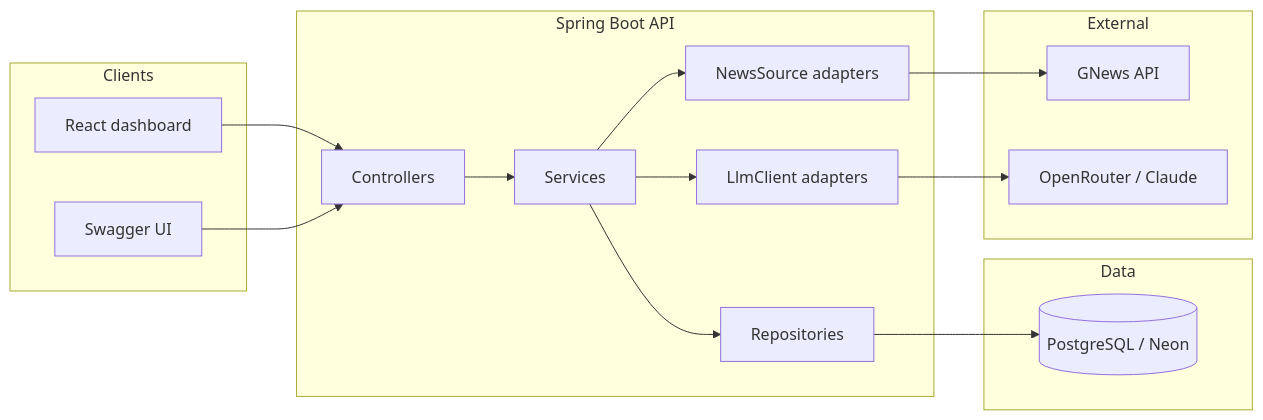
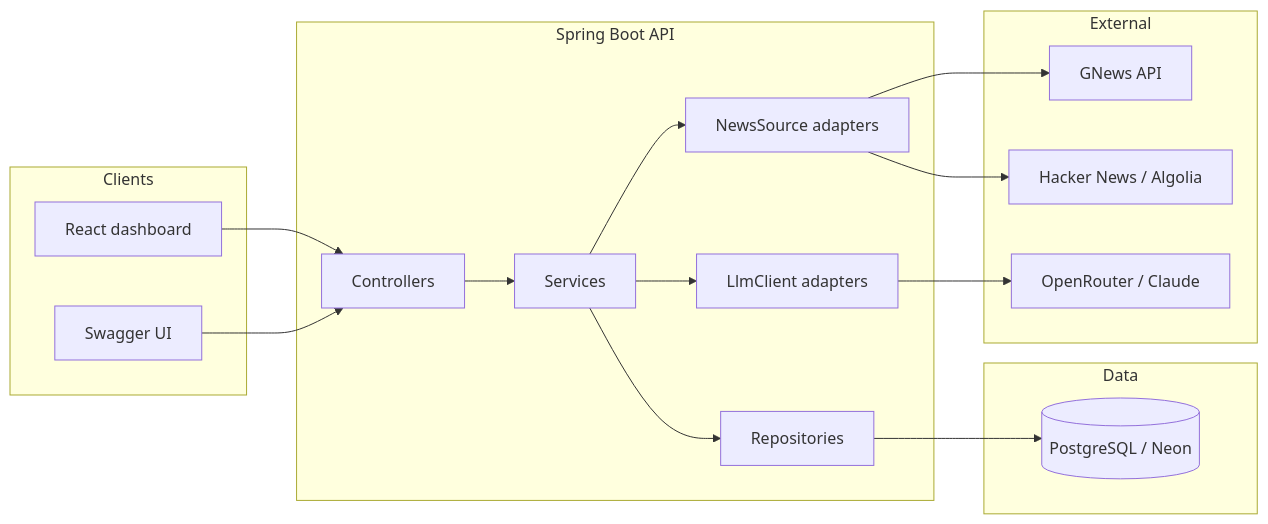
The diagram in docs/architecture.md (ahhyang/newspulse), drawn with Mermaid before and after one commit. The commit also changed other lines of this file and 13 other files, not shown here.

First line of the commit message:
Add Hacker News as a second NewsSource via Algolia search.

````diff
--- a/docs/architecture.md
+++ b/docs/architecture.md
@@ -5,34 +5,36 @@
 ```mermaid
 flowchart LR
   subgraph clients [Clients]
     Web[React dashboard]
     Swagger[Swagger UI]
   end
 
   subgraph api [Spring Boot API]
     C[Controllers]
     S[Services]
     R[Repositories]
     Ingest[NewsSource adapters]
     Llm[LlmClient adapters]
   end
 
   subgraph data [Data]
     PG[(PostgreSQL / Neon)]
   end
 
   subgraph external [External]
     GNews[GNews API]
+    HN[Hacker News / Algolia]
     OpenRouter[OpenRouter / Claude]
   end
 
   Web --> C
   Swagger --> C
   C --> S
   S --> R
   R --> PG
   S --> Ingest
   S --> Llm
   Ingest --> GNews
+  Ingest --> HN
   Llm --> OpenRouter
 ```
````
